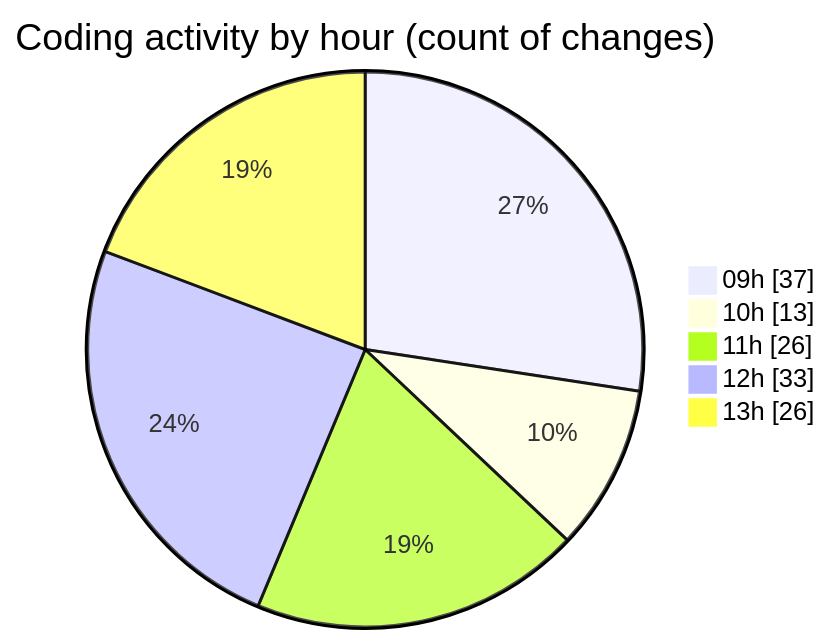
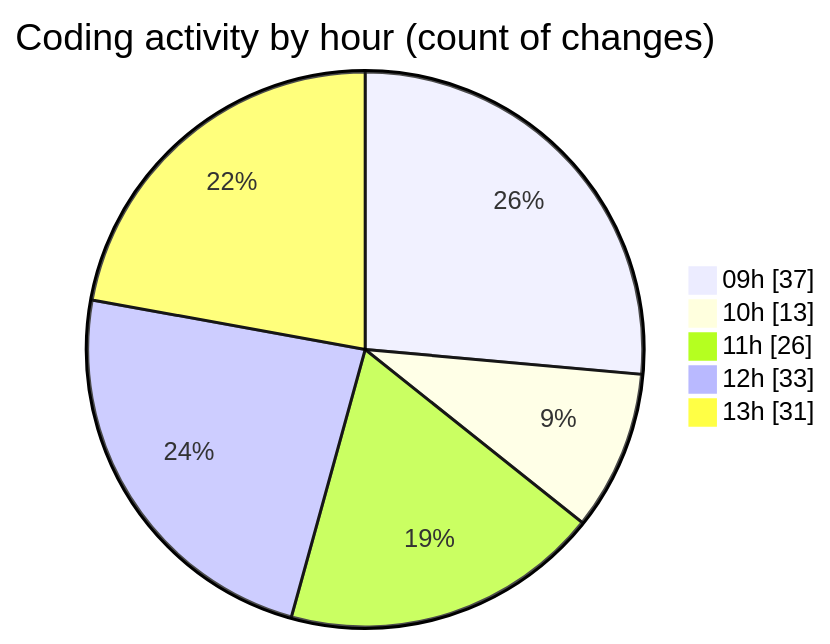
One commit to momahboobian/code-tracking changed the second of 2 diagrams in 2026-04-23/cda/README.md. Above: the diagram before and after it, drawn with Mermaid. The commit also changed other lines of this file and 1 other file, not shown here.

````diff
--- a/2026-04-23/cda/README.md
+++ b/2026-04-23/cda/README.md
@@ -53,9 +53,9 @@
 ```mermaid
 pie showData
 title Coding activity by hour (count of changes)
 "09h" : 37
 "10h" : 13
 "11h" : 26
 "12h" : 33
-"13h" : 26
+"13h" : 31
 ```
````
